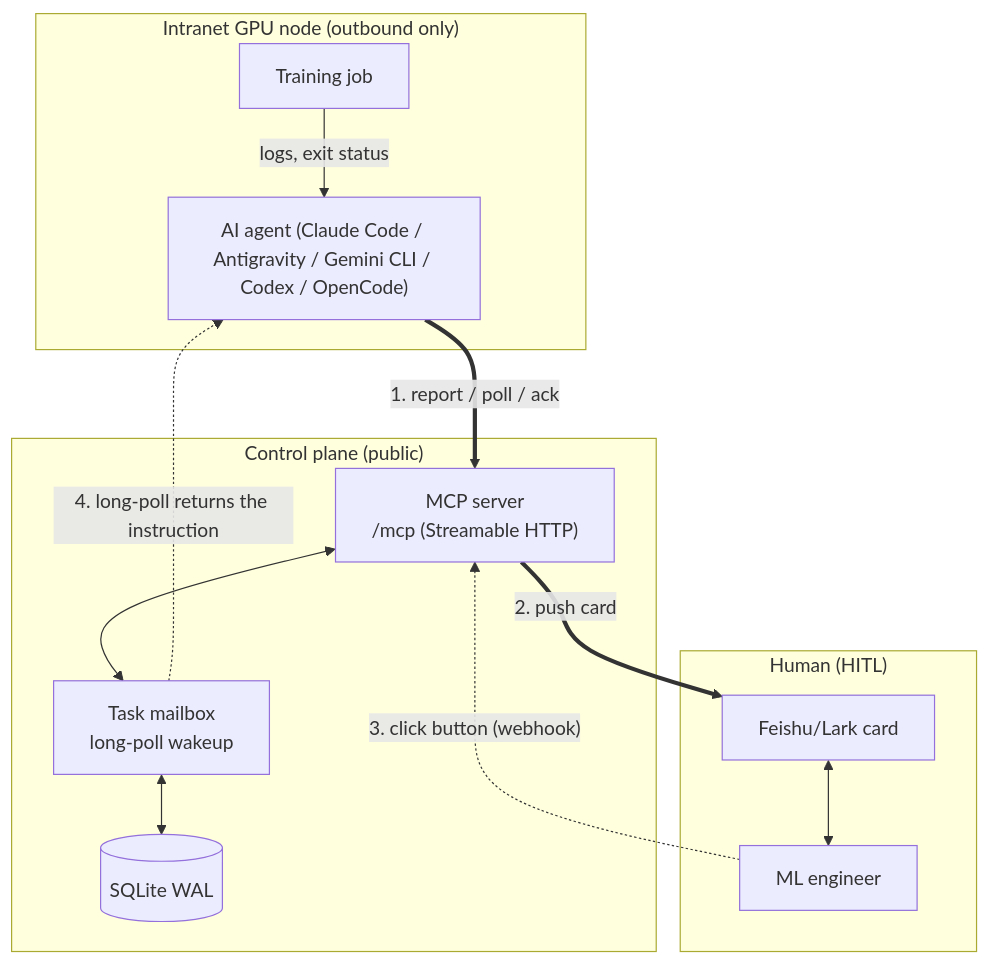
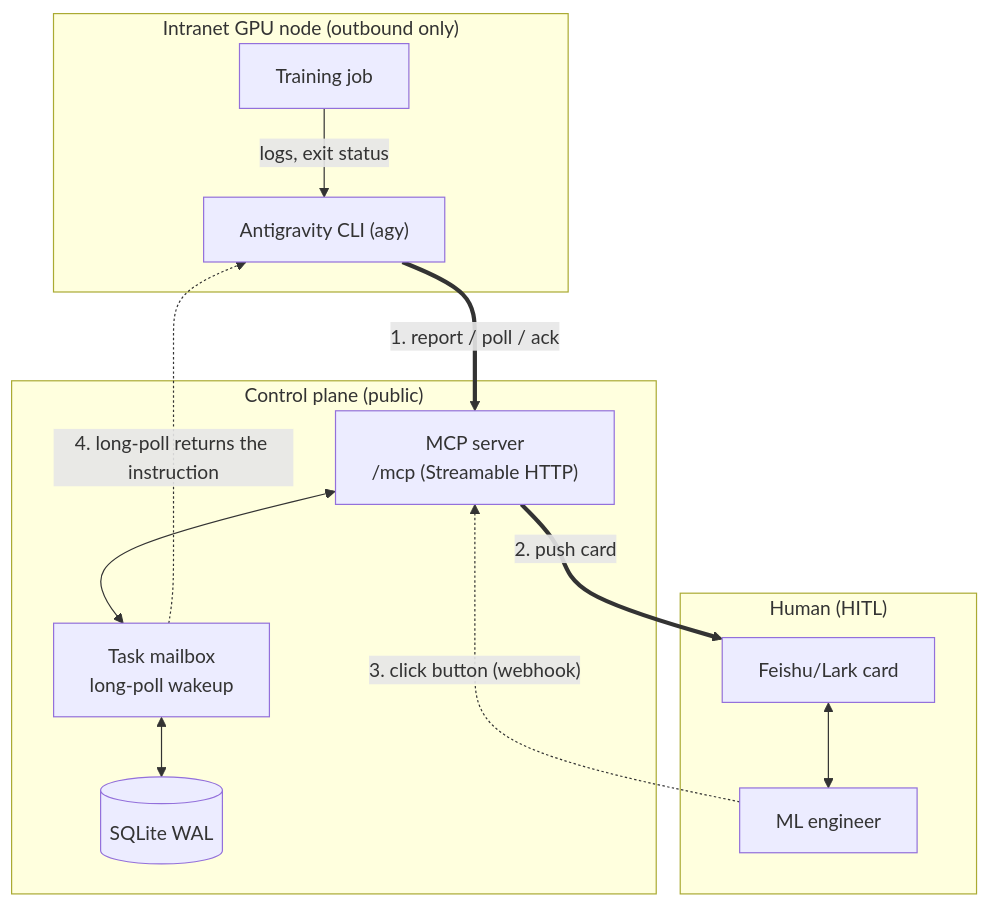
The first of 2 diagrams in README.md (Long-Holiday/TrainPilot), drawn with Mermaid before and after one commit. The commit also changed other lines of this file and 28 other files, not shown here.

````diff
--- a/README.md
+++ b/README.md
@@ -27,27 +27,27 @@
 ```mermaid
 flowchart TB
     subgraph GPU["Intranet GPU node (outbound only)"]
         Job["Training job"]
-        Agent["AI agent (Claude Code / Antigravity / Gemini CLI / Codex / OpenCode)"]
+        Agent["Antigravity CLI (agy)"]
         Job -->|logs, exit status| Agent
     end
 
     subgraph Plane["Control plane (public)"]
         MCP["MCP server<br/>/mcp (Streamable HTTP)"]
         Mailbox["Task mailbox<br/>long-poll wakeup"]
         DB[("SQLite WAL")]
         MCP <--> Mailbox
         Mailbox <--> DB
     end
 
     subgraph Human["Human (HITL)"]
         Card["Feishu/Lark card"]
         Engineer["ML engineer"]
         Card <--> Engineer
     end
 
     Agent ==>|"1. report / poll / ack"| MCP
     MCP ==>|"2. push card"| Card
     Engineer -.->|"3. click button (webhook)"| MCP
     Mailbox -.->|"4. long-poll returns the instruction"| Agent
 ```
````
